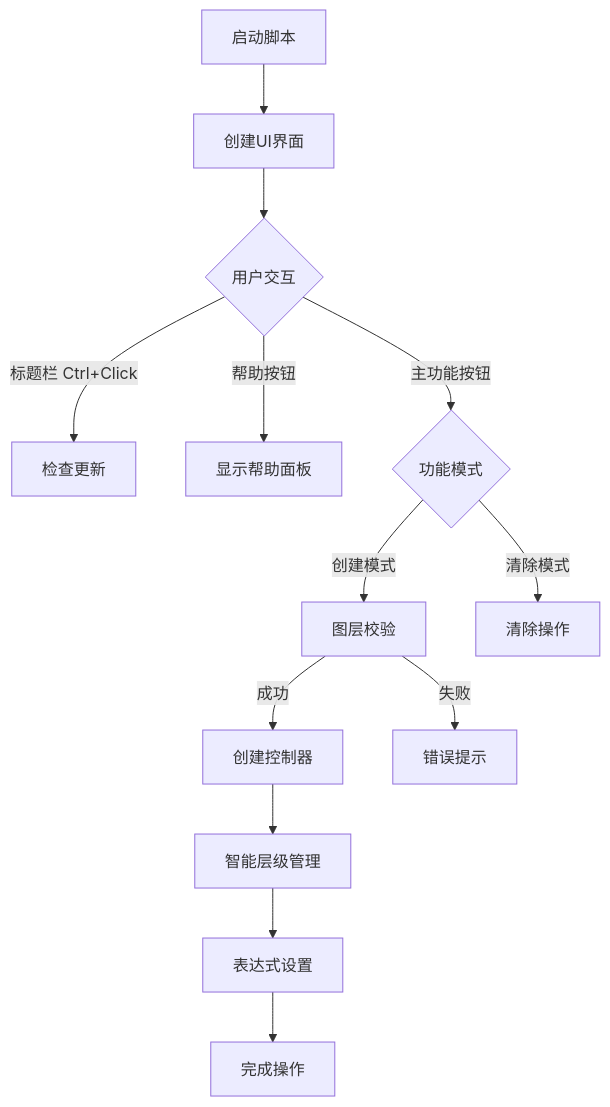
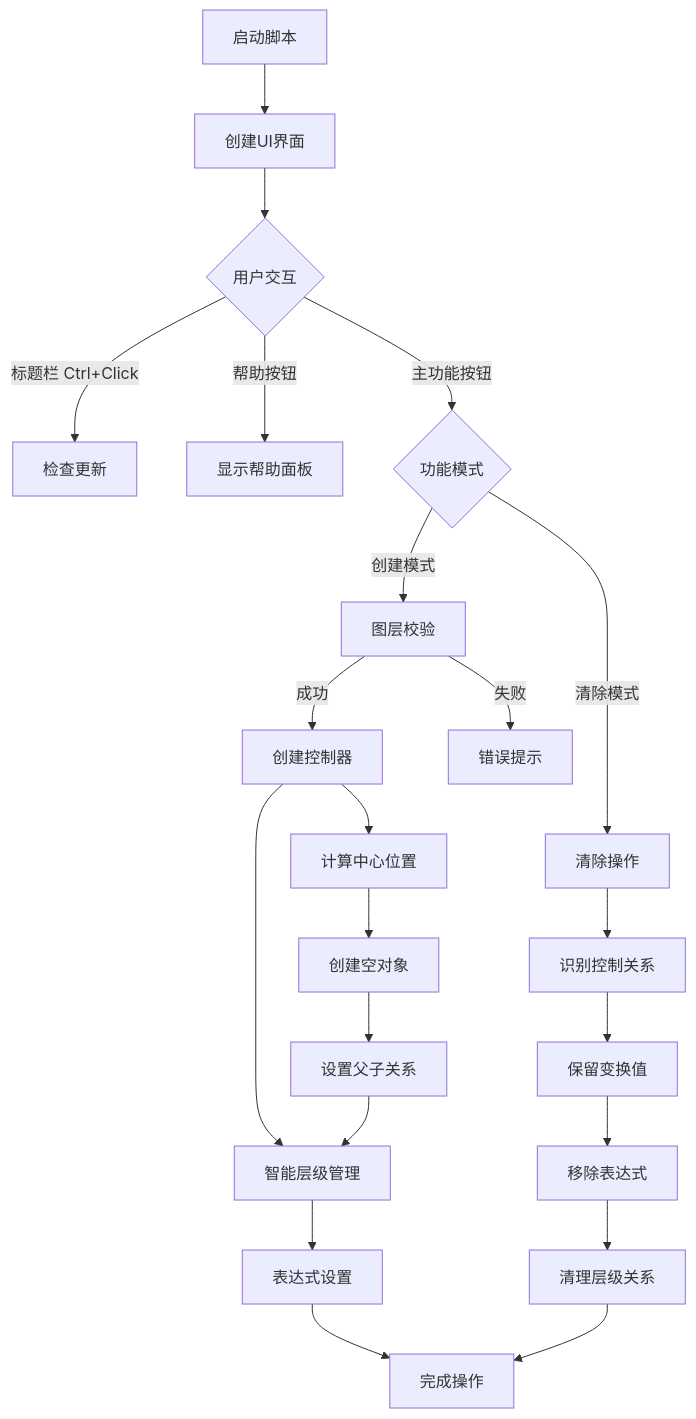
One commit to yancongya/Advanced-Null-Controller changed the diagram in readme.md. Above: the diagram before and after it, drawn with Mermaid. The commit also changed other lines of this file and 2 other files, not shown here.

````diff
--- a/readme.md
+++ b/readme.md
@@ -97,15 +221,27 @@
 ```mermaid
 graph TD
     A[启动脚本] --> B[创建UI界面]
     B --> C{用户交互}
     C -->|标题栏 Ctrl+Click| D[检查更新]
     C -->|帮助按钮| E[显示帮助面板]
     C -->|主功能按钮| F{功能模式}
     F -->|创建模式| G[图层校验]
     G -->|成功| H[创建控制器]
     G -->|失败| I[错误提示]
     F -->|清除模式| J[清除操作]
     H --> K[智能层级管理]
     K --> L[表达式设置]
     L --> M[完成操作]
+    
+    %% 扩展工作流程
+    H --> H1[计算中心位置]
+    H1 --> H2[创建空对象]
+    H2 --> H3[设置父子关系]
+    H3 --> K
+    
+    J --> J1[识别控制关系]
+    J1 --> J2[保留变换值]
+    J2 --> J3[移除表达式]
+    J3 --> J4[清理层级关系]
+    J4 --> M
 ```
````
